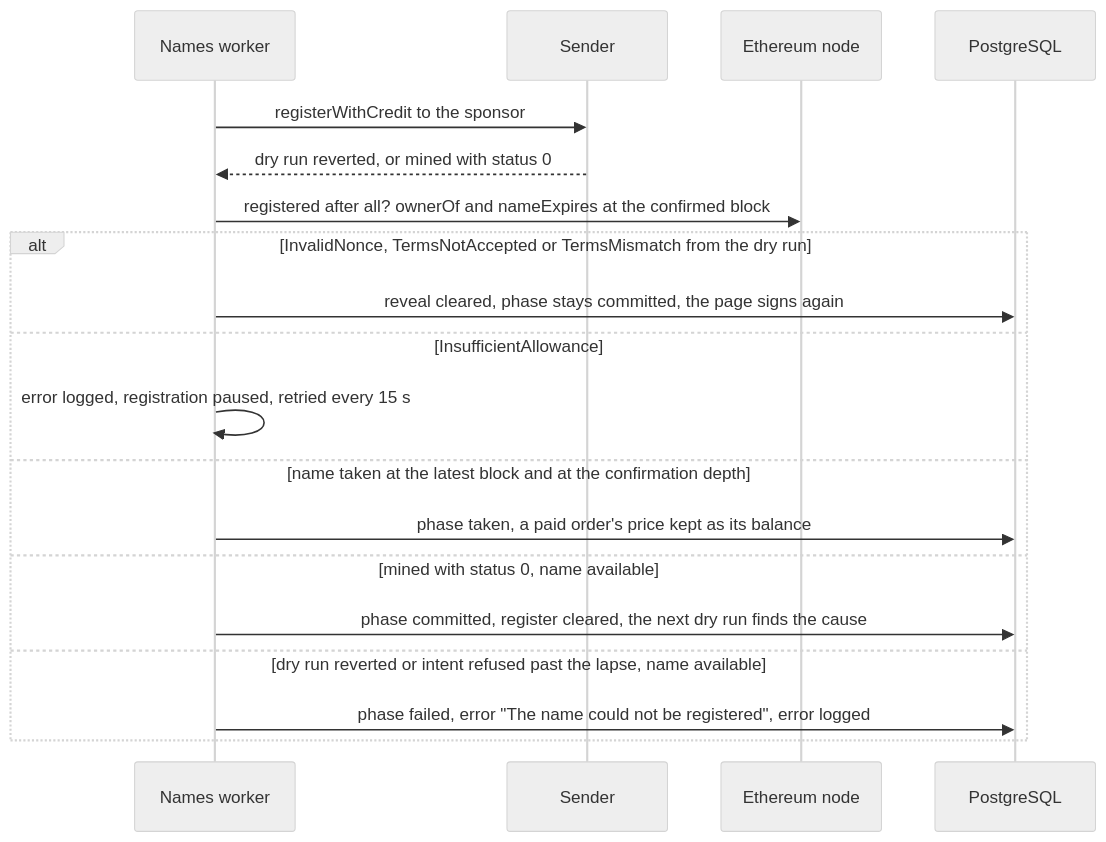
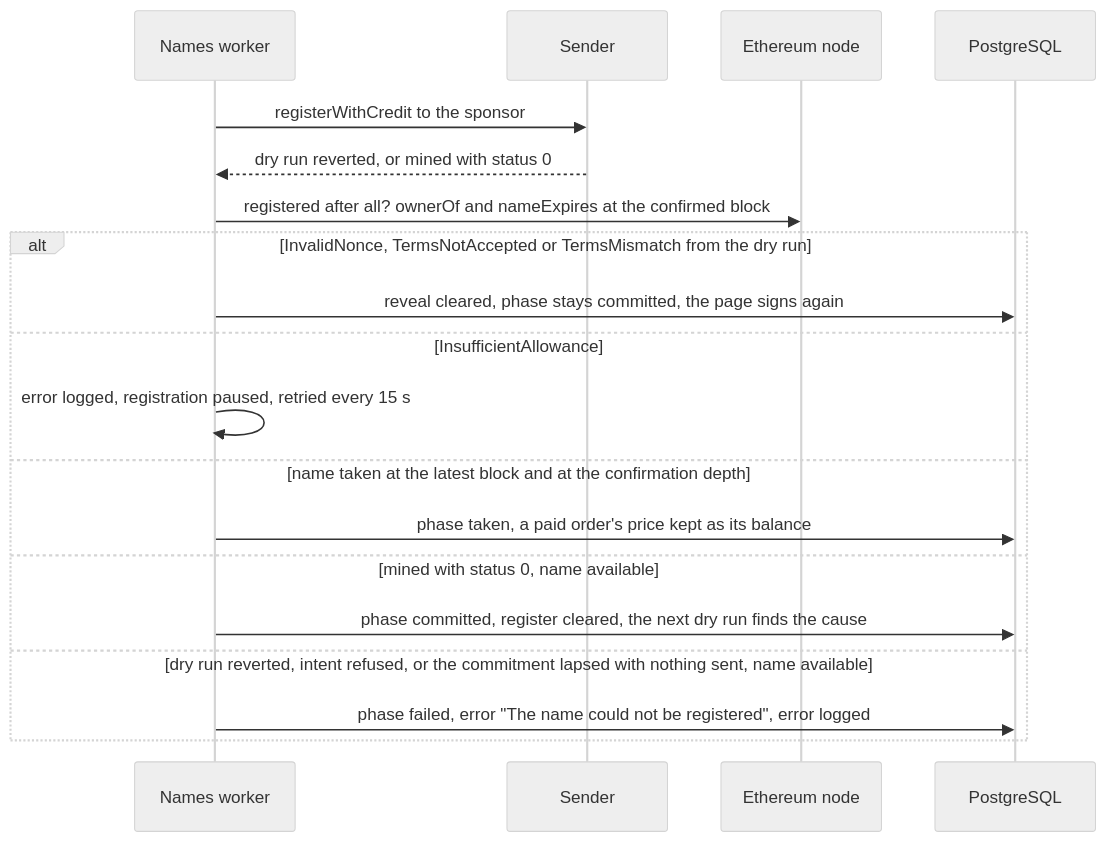
Before and after one commit to simplex-chat/simplex-chat: the sixth of 13 diagrams in apps/simplex-store-service/docs/names.md, drawn with Mermaid (neutral theme). The commit also changed 3 other files, not shown here.

````diff
--- a/apps/simplex-store-service/docs/names.md
+++ b/apps/simplex-store-service/docs/names.md
@@ -338,21 +338,21 @@
 ```mermaid
 sequenceDiagram
   participant K as Names worker
   participant S as Sender
   participant E as Ethereum node
   participant D as PostgreSQL
   K->>S: registerWithCredit to the sponsor
   S-->>K: dry run reverted, or mined with status 0
   K->>E: registered after all? ownerOf and nameExpires at the confirmed block
   alt InvalidNonce, TermsNotAccepted or TermsMismatch from the dry run
     K->>D: reveal cleared, phase stays committed, the page signs again
   else InsufficientAllowance
     K->>K: error logged, registration paused, retried every 15 s
   else name taken at the latest block and at the confirmation depth
     K->>D: phase taken, a paid order's price kept as its balance
   else mined with status 0, name available
     K->>D: phase committed, register cleared, the next dry run finds the cause
-  else dry run reverted or intent refused past the lapse, name available
+  else dry run reverted, intent refused, or the commitment lapsed with nothing sent, name available
     K->>D: phase failed, error "The name could not be registered", error logged
   end
 ```
````
